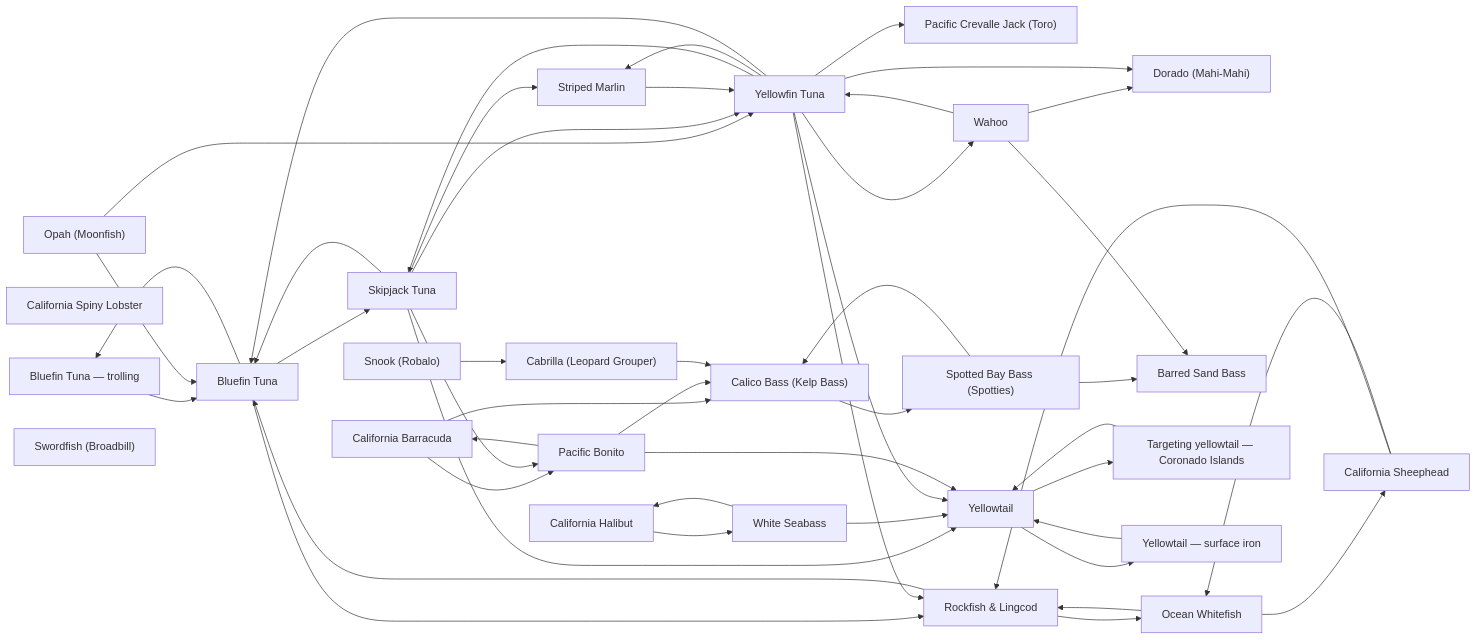
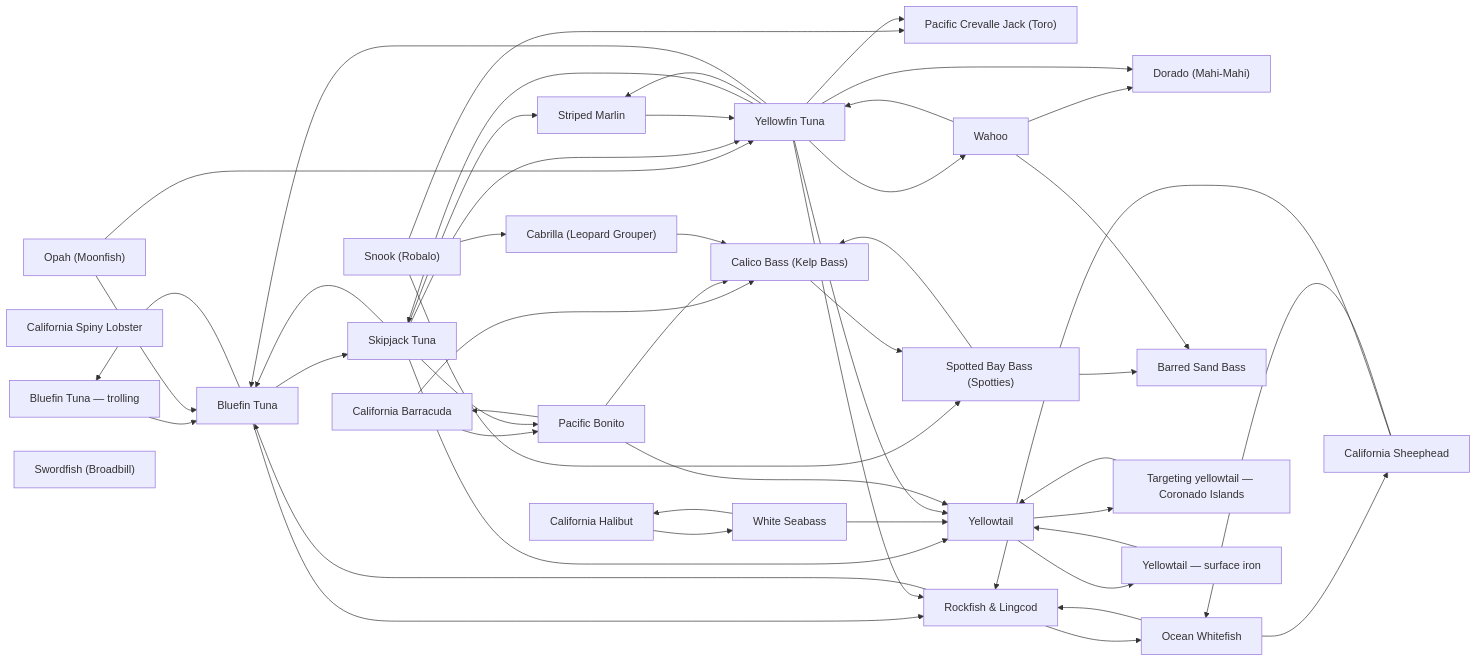
The diagram in species/README.md (camchuckpete-max/Socal-Fishing-Knowledge), drawn with Mermaid before and after one commit. The commit also changed other lines of this file and 16 other files, not shown here.

````diff
--- a/species/README.md
+++ b/species/README.md
@@ -42,75 +42,77 @@
 ```mermaid
 graph LR
   n0["California Barracuda"]
   n1["Bluefin Tuna — trolling"]
   n2["Bluefin Tuna"]
   n3["Pacific Bonito"]
   n4["Cabrilla (Leopard Grouper)"]
   n5["Calico Bass (Kelp Bass)"]
   n6["California Halibut"]
   n7["California Spiny Lobster"]
   n8["Dorado (Mahi-Mahi)"]
   n9["Ocean Whitefish"]
   n10["Opah (Moonfish)"]
   n11["Pacific Crevalle Jack (Toro)"]
   n12["Rockfish & Lingcod"]
   n13["Barred Sand Bass"]
   n14["California Sheephead"]
   n15["Skipjack Tuna"]
   n16["Snook (Robalo)"]
   n17["Spotted Bay Bass (Spotties)"]
   n18["Striped Marlin"]
   n19["Swordfish (Broadbill)"]
   n20["Wahoo"]
   n21["White Seabass"]
   n22["Yellowfin Tuna"]
   n23["Targeting yellowtail — Coronado Islands"]
   n24["Yellowtail — surface iron"]
   n25["Yellowtail"]
   n0 --> n3
   n0 --> n5
   n1 --> n2
   n10 --> n2
   n10 --> n22
   n12 --> n2
   n12 --> n9
   n14 --> n12
   n14 --> n9
   n15 --> n18
   n15 --> n2
   n15 --> n22
   n15 --> n25
   n15 --> n3
+  n16 --> n11
+  n16 --> n17
   n16 --> n4
   n17 --> n13
   n17 --> n5
   n18 --> n22
   n2 --> n1
   n2 --> n12
   n2 --> n15
   n20 --> n13
   n20 --> n22
   n20 --> n8
   n21 --> n25
   n21 --> n6
   n22 --> n11
   n22 --> n12
   n22 --> n15
   n22 --> n18
   n22 --> n2
   n22 --> n20
   n22 --> n25
   n22 --> n8
   n23 --> n25
   n24 --> n25
   n25 --> n23
   n25 --> n24
   n3 --> n0
   n3 --> n25
   n3 --> n5
   n4 --> n5
   n5 --> n17
   n6 --> n21
   n9 --> n12
   n9 --> n14
 ```
````
